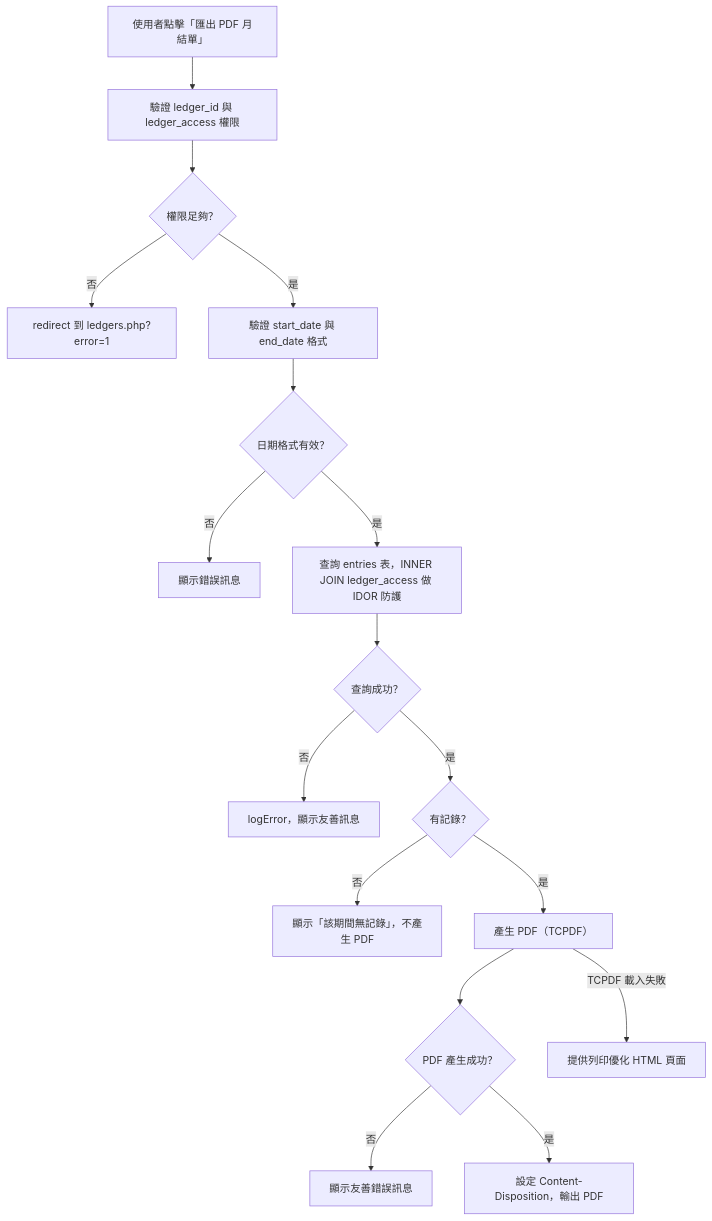
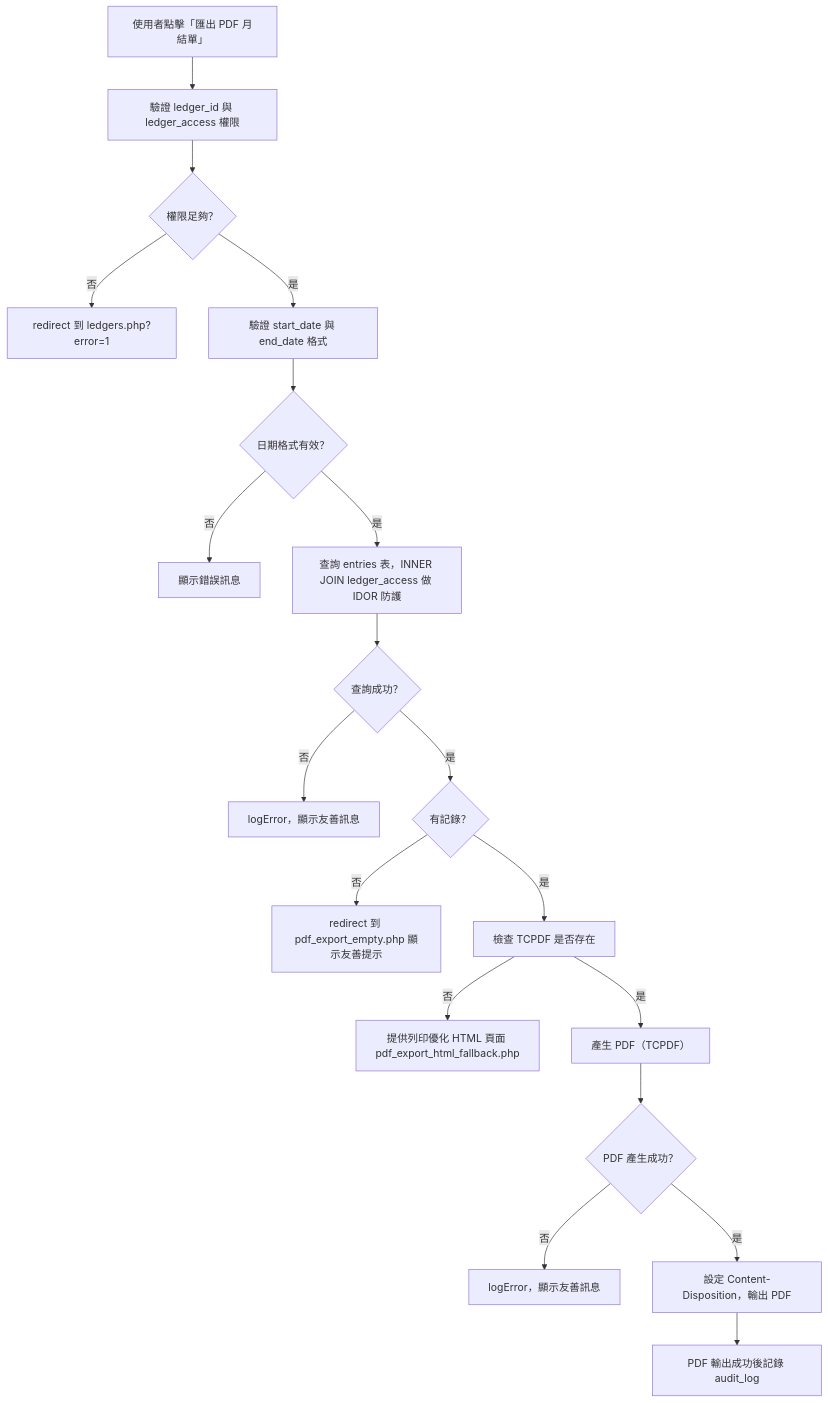
One commit to cornercookie/CookiesAccounting changed the diagram in docs/[#8]_pdf-export/Design.md. Above: the diagram before and after it, drawn with Mermaid. The commit also changed other lines of this file and 148 other files, not shown here.

First line of the commit message:
[#8] PDF Export 月結單功能完成 + [#7] CSV 匯入審查通過

````diff
--- a/docs/[#8]_pdf-export/Design.md
+++ b/docs/[#8]_pdf-export/Design.md
@@ -34,19 +39,21 @@
 ```mermaid
 flowchart TD
     A[使用者點擊「匯出 PDF 月結單」] --> B[驗證 ledger_id 與 ledger_access 權限]
     B --> C{權限足夠？}
     C -->|否| D[redirect 到 ledgers.php?error=1]
     C -->|是| E[驗證 start_date 與 end_date 格式]
     E --> F{日期格式有效？}
     F -->|否| G[顯示錯誤訊息]
     F -->|是| H[查詢 entries 表，INNER JOIN ledger_access 做 IDOR 防護]
     H --> I{查詢成功？}
     I -->|否| J[logError，顯示友善訊息]
     I -->|是| K{有記錄？}
-    K -->|否| L[顯示「該期間無記錄」，不產生 PDF]
-    K -->|是| M[產生 PDF（TCPDF）]
-    M --> N{PDF 產生成功？}
-    N -->|否| O[顯示友善錯誤訊息]
-    N -->|是| P[設定 Content-Disposition，輸出 PDF]
-    M -->|TCPDF 載入失敗| Q[提供列印優化 HTML 頁面]
+    K -->|否| L[redirect 到 pdf_export_empty.php 顯示友善提示]
+    K -->|是| M[檢查 TCPDF 是否存在]
+    M -->|否| N[提供列印優化 HTML 頁面 pdf_export_html_fallback.php]
+    M -->|是| O[產生 PDF（TCPDF）]
+    O --> P{PDF 產生成功？}
+    P -->|否| Q[logError，顯示友善訊息]
+    P -->|是| R[設定 Content-Disposition，輸出 PDF]
+    R --> S[PDF 輸出成功後記錄 audit_log]
 ```
````
